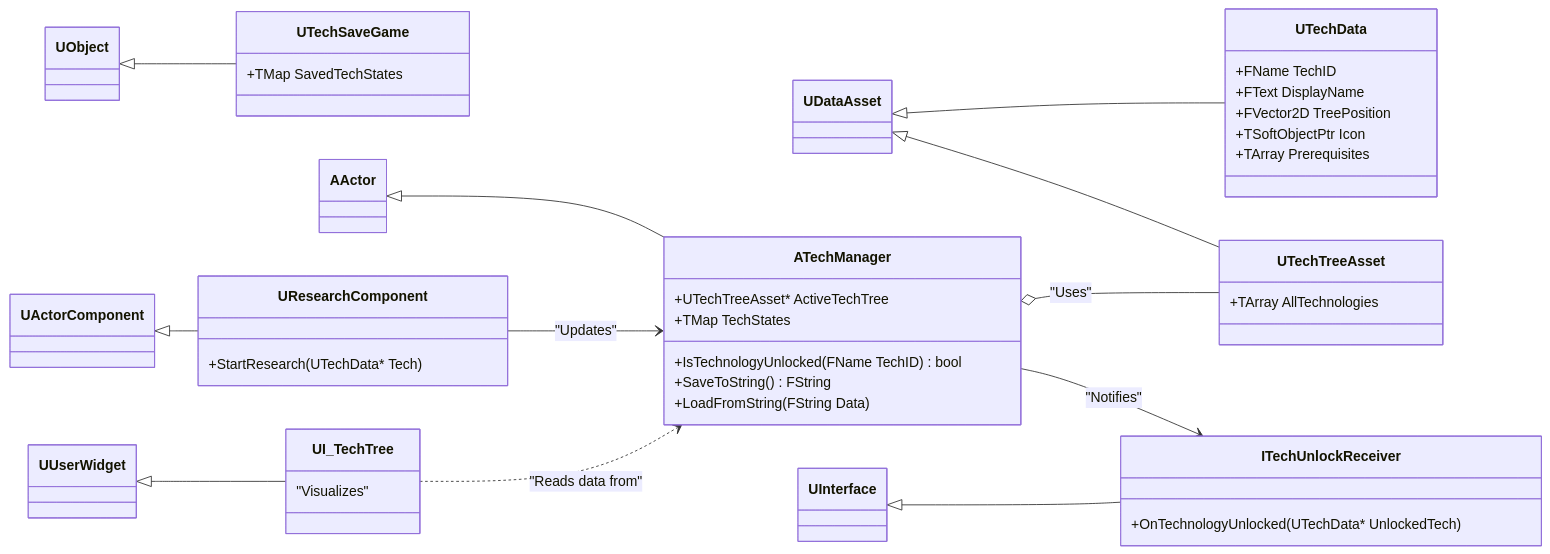
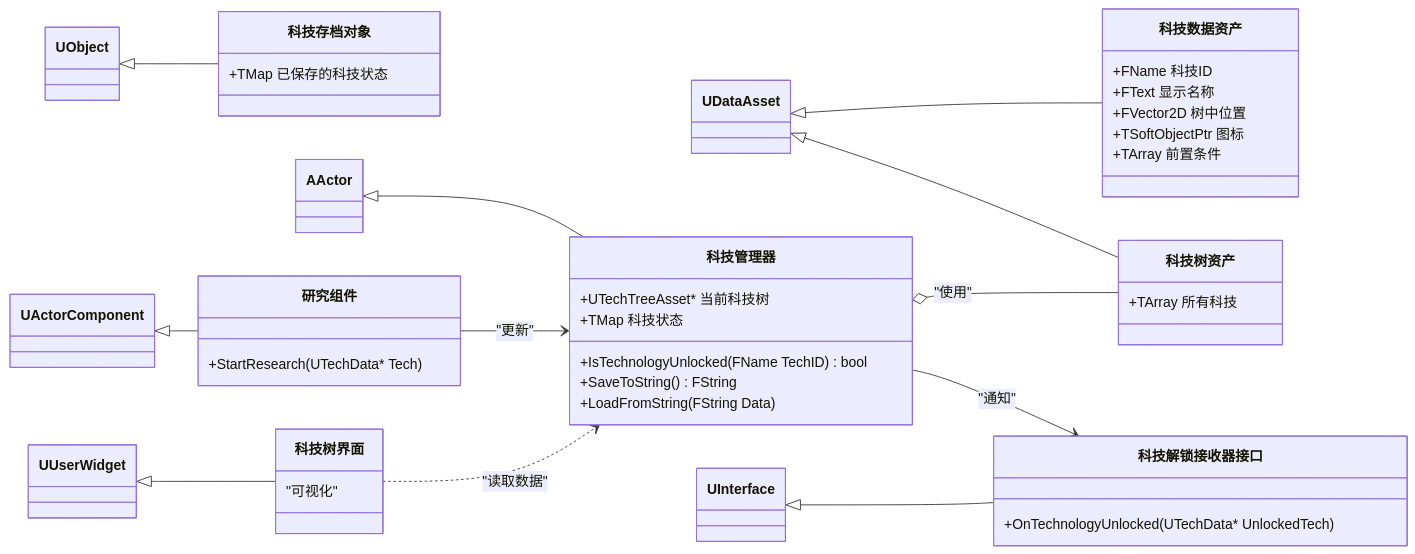
Before and after one commit to qqwe7/testt1: the second of 2 diagrams in README.md, drawn with Mermaid.

Commit message:
feat(i18n): Translate documentation to Chinese

````diff
--- a/README.md
+++ b/README.md
@@ -24,40 +24,40 @@
 ```mermaid
 classDiagram
     direction LR
 
-    UDataAsset <|-- UTechData
-    UDataAsset <|-- UTechTreeAsset
+    UDataAsset <|-- 科技数据资产
+    UDataAsset <|-- 科技树资产
 
-    UTechData : +FName TechID
-    UTechData : +FText DisplayName
-    UTechData : +FVector2D TreePosition
-    UTechData : +TSoftObjectPtr<UTexture2D> Icon
-    UTechData : +TArray<UTechData*> Prerequisites
+    科技数据资产 : +FName 科技ID
+    科技数据资产 : +FText 显示名称
+    科技数据资产 : +FVector2D 树中位置
+    科技数据资产 : +TSoftObjectPtr<UTexture2D> 图标
+    科技数据资产 : +TArray<UTechData*> 前置条件
     
-    UTechTreeAsset : +TArray<UTechData*> AllTechnologies
+    科技树资产 : +TArray<UTechData*> 所有科技
 
-    UObject <|-- UTechSaveGame
-    AActor <|-- ATechManager
-    UActorComponent <|-- UResearchComponent
+    UObject <|-- 科技存档对象
+    AActor <|-- 科技管理器
+    UActorComponent <|-- 研究组件
 
-    ATechManager : +UTechTreeAsset* ActiveTechTree
-    ATechManager : +TMap<FName, FTechProgress> TechStates
-    ATechManager : +IsTechnologyUnlocked(FName TechID) bool
-    ATechManager : +SaveToString() FString
-    ATechManager : +LoadFromString(FString Data)
-    ATechManager o-- UTechTreeAsset : "Uses"
+    科技管理器 : +UTechTreeAsset* 当前科技树
+    科技管理器 : +TMap<FName, FTechProgress> 科技状态
+    科技管理器 : +IsTechnologyUnlocked(FName TechID) bool
+    科技管理器 : +SaveToString() FString
+    科技管理器 : +LoadFromString(FString Data)
+    科技管理器 o-- 科技树资产 : "使用"
     
-    UResearchComponent : +StartResearch(UTechData* Tech)
-    UResearchComponent --> ATechManager : "Updates"
+    研究组件 : +StartResearch(UTechData* Tech)
+    研究组件 --> 科技管理器 : "更新"
 
-    UTechSaveGame : +TMap<FName, FTechProgress> SavedTechStates
+    科技存档对象 : +TMap<FName, FTechProgress> 已保存的科技状态
     
-    UInterface <|-- ITechUnlockReceiver
-    ITechUnlockReceiver : +OnTechnologyUnlocked(UTechData* UnlockedTech)
+    UInterface <|-- 科技解锁接收器接口
+    科技解锁接收器接口 : +OnTechnologyUnlocked(UTechData* UnlockedTech)
 
-    UUserWidget <|-- UI_TechTree
-    UI_TechTree : "Visualizes"
-    UI_TechTree ..> ATechManager : "Reads data from"
+    UUserWidget <|-- 科技树界面
+    科技树界面 : "可视化"
+    科技树界面 ..> 科技管理器 : "读取数据"
 
-    ATechManager --> ITechUnlockReceiver : "Notifies"
+    科技管理器 --> 科技解锁接收器接口 : "通知"
 ```
````
